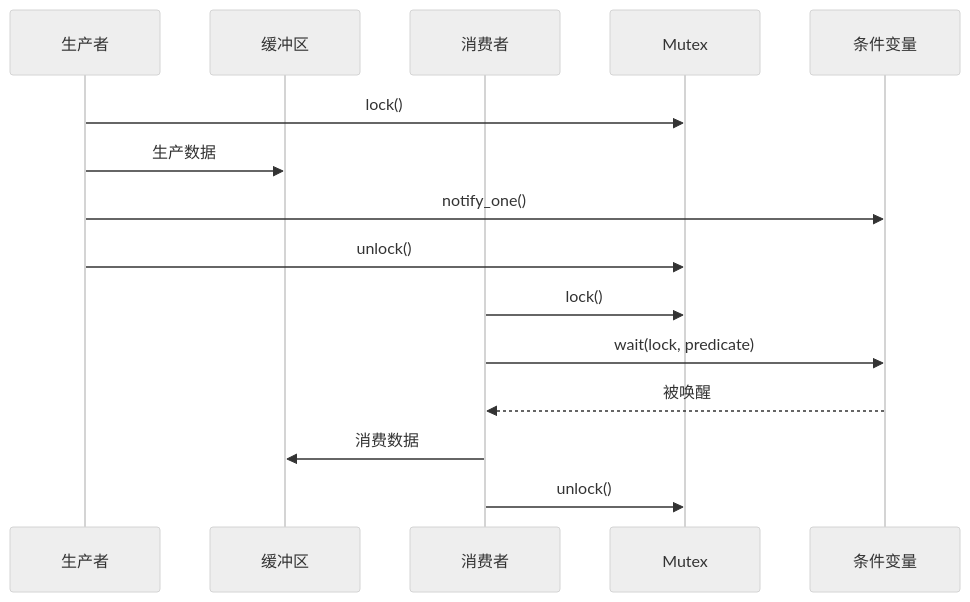
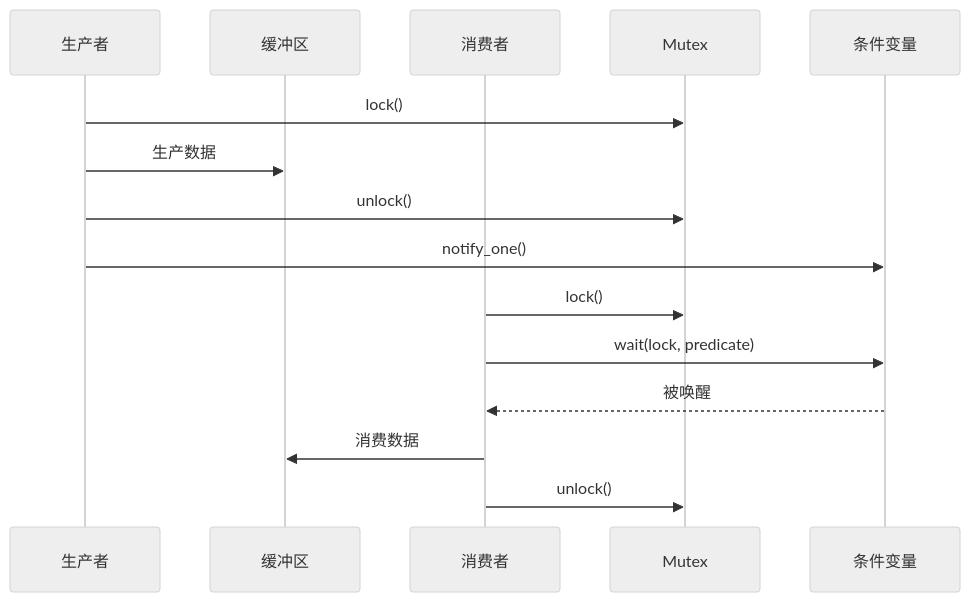
The fifth of 9 diagrams in week_05/day_31/README.md (mlbo/cpp_learning), drawn with Mermaid (neutral theme) before and after one commit. The commit also changed other lines of this file and 675 other files, not shown here.

````diff
--- a/week_05/day_31/README.md
+++ b/week_05/day_31/README.md
@@ -143,19 +157,19 @@
 ```mermaid
 sequenceDiagram
     participant P as 生产者
     participant B as 缓冲区
     participant C as 消费者
     participant M as Mutex
     participant CV as 条件变量
     
     P->>M: lock()
     P->>B: 生产数据
+    P->>M: unlock()
     P->>CV: notify_one()
-    P->>M: unlock()
     
     C->>M: lock()
     C->>CV: wait(lock, predicate)
     CV-->>C: 被唤醒
     C->>B: 消费数据
     C->>M: unlock()
 ```
````
